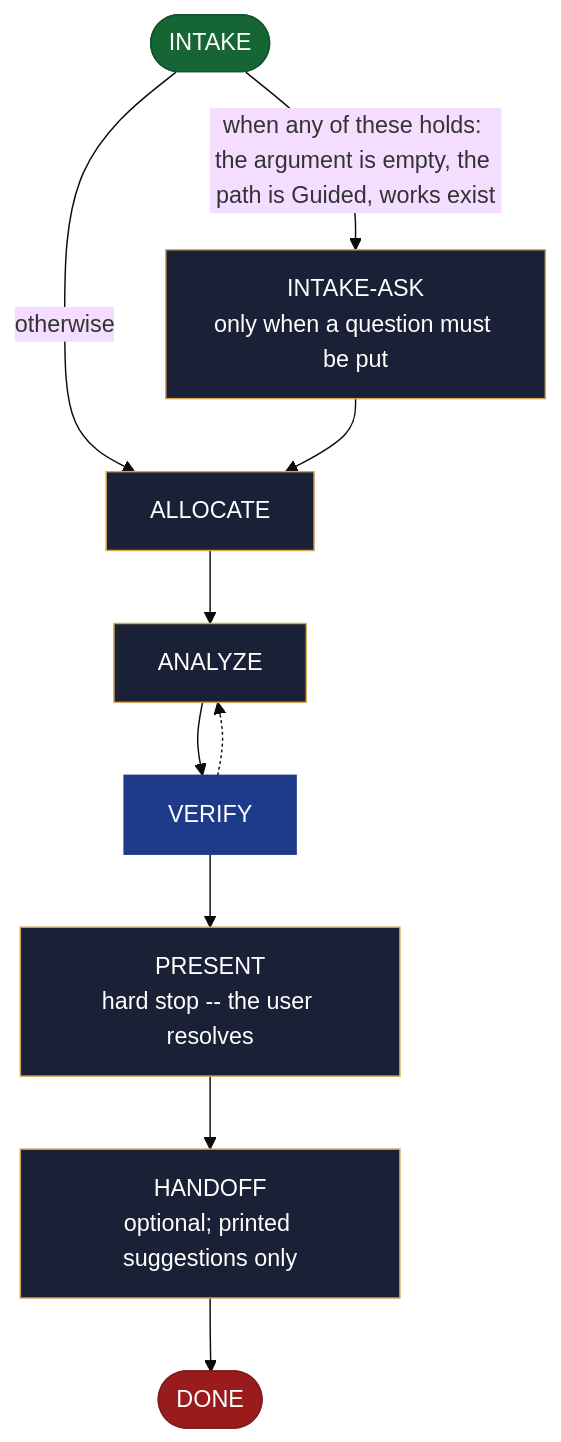
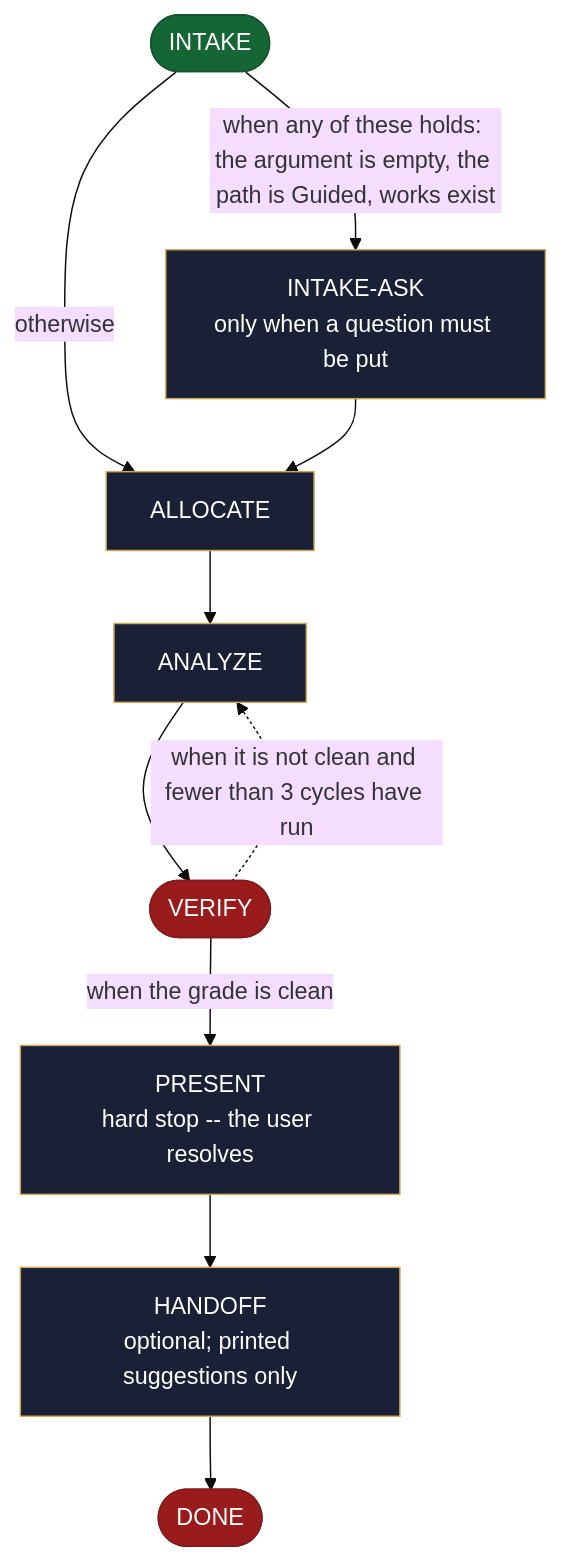
One commit to AndreVianna/aid-methodology changed the diagram in site/src/content/docs/skills/aid-report.md. Above: the diagram before and after it, drawn with Mermaid (base theme). The commit also changed other lines of this file and 258 other files, not shown here.

````diff
--- a/site/src/content/docs/skills/aid-report.md
+++ b/site/src/content/docs/skills/aid-report.md
@@ -20,42 +20,42 @@
 ```mermaid
 flowchart TB
   classDef aidNode color:#fff
   classDef aidEntry fill:#166534,stroke:#14532d,color:#fff
   classDef aidExit fill:#991b1b,stroke:#7f1d1d,color:#fff
   classDef aidDecision fill:#92400e,stroke:#78350f,color:#fff
   classDef aidLoopBack fill:#1e3a8a,stroke:#1e3a8a,color:#fff
   classDef aidStep fill:#1a2035,stroke:#d4a853,color:#f1f5f9
   n1(["INTAKE"])
   n2["INTAKE-ASK<br/>only when a question must be put"]
   n3["ALLOCATE"]
   n4["ANALYZE"]
-  n5["VERIFY"]
+  n5(["VERIFY"])
   n6["PRESENT<br/>hard stop -- the user resolves"]
   n7["HANDOFF<br/>optional; printed suggestions only"]
   n8(["DONE"])
   n1 -->|"when any of these holds: the argument is empty, the path is Guided, works exist"| n2
   n1 -->|"otherwise"| n3
   n2 --> n3
   n3 --> n4
   n4 --> n5
-  n5 -.-> n4
-  n5 --> n6
+  n5 -. "when it is not clean and fewer than 3 cycles have run" .-> n4
+  n5 -->|"when the grade is clean"| n6
   n6 --> n7
   n7 --> n8
   class n1 aidEntry
   class n2 aidStep
   class n3 aidStep
   class n4 aidStep
-  class n5 aidLoopBack
+  class n5 aidExit
   class n6 aidStep
   class n7 aidStep
   class n8 aidExit
   class n1 aidNode
   class n2 aidNode
   class n3 aidNode
   class n4 aidNode
   class n5 aidNode
   class n6 aidNode
   class n7 aidNode
   class n8 aidNode
 ```
````
